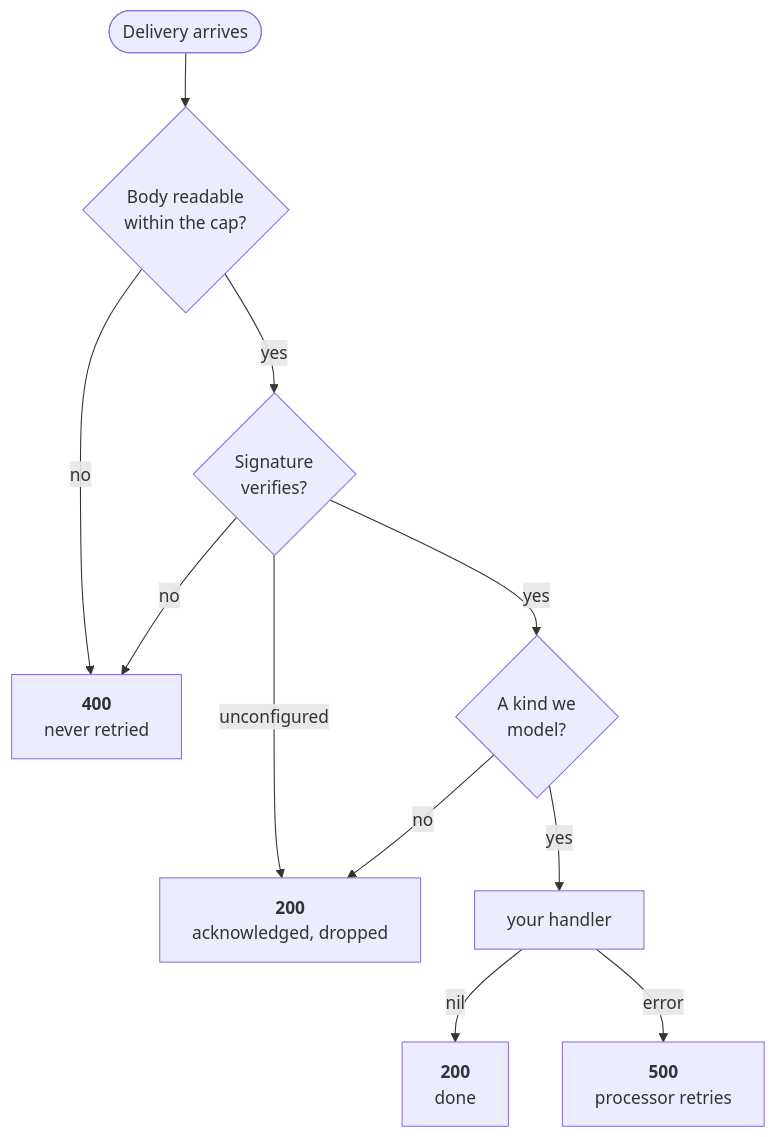
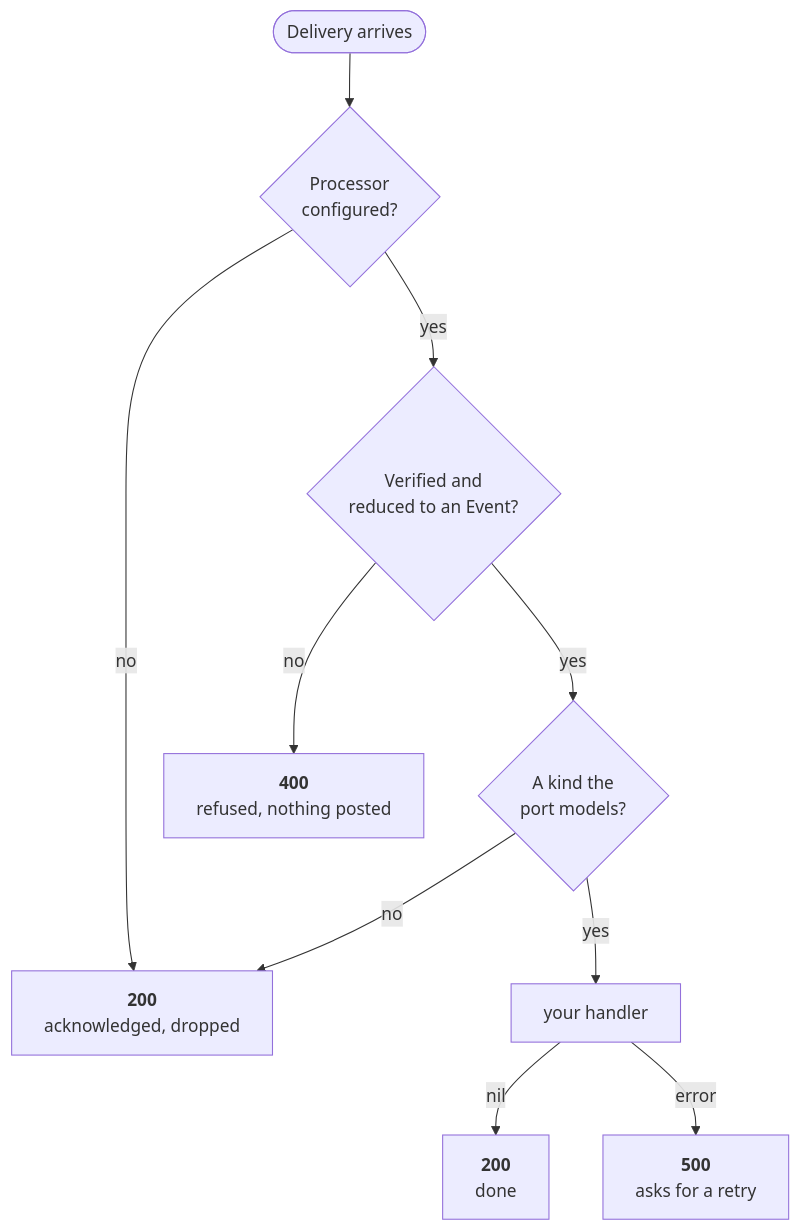
One commit to latere-ai/pay changed the first of 2 diagrams in docs/webhooks.md. Above: the diagram before and after it, drawn with Mermaid. The commit also changed other lines of this file and 5 other files, not shown here.

````diff
--- a/docs/webhooks.md
+++ b/docs/webhooks.md
@@ -18,13 +18,12 @@
 ```mermaid
 flowchart TD
-    IN([Delivery arrives]) --> READ{"Body readable<br/>within the cap?"}
-    READ -->|no| C400["<b>400</b><br/>never retried"]
-    READ -->|yes| SIG{"Signature<br/>verifies?"}
-    SIG -->|no| C400
-    SIG -->|unconfigured| C200A["<b>200</b><br/>acknowledged, dropped"]
-    SIG -->|yes| KIND{"A kind we<br/>model?"}
+    IN([Delivery arrives]) --> CONF{"Processor<br/>configured?"}
+    CONF -->|no| C200A["<b>200</b><br/>acknowledged, dropped"]
+    CONF -->|yes| PARSE{"Verified and<br/>reduced to an Event?"}
+    PARSE -->|no| C400["<b>400</b><br/>refused, nothing posted"]
+    PARSE -->|yes| KIND{"A kind the<br/>port models?"}
     KIND -->|no| C200A
     KIND -->|yes| H["your handler"]
     H -->|nil| C200B["<b>200</b><br/>done"]
-    H -->|error| C500["<b>500</b><br/>processor retries"]
+    H -->|error| C500["<b>500</b><br/>asks for a retry"]
 ```
````
